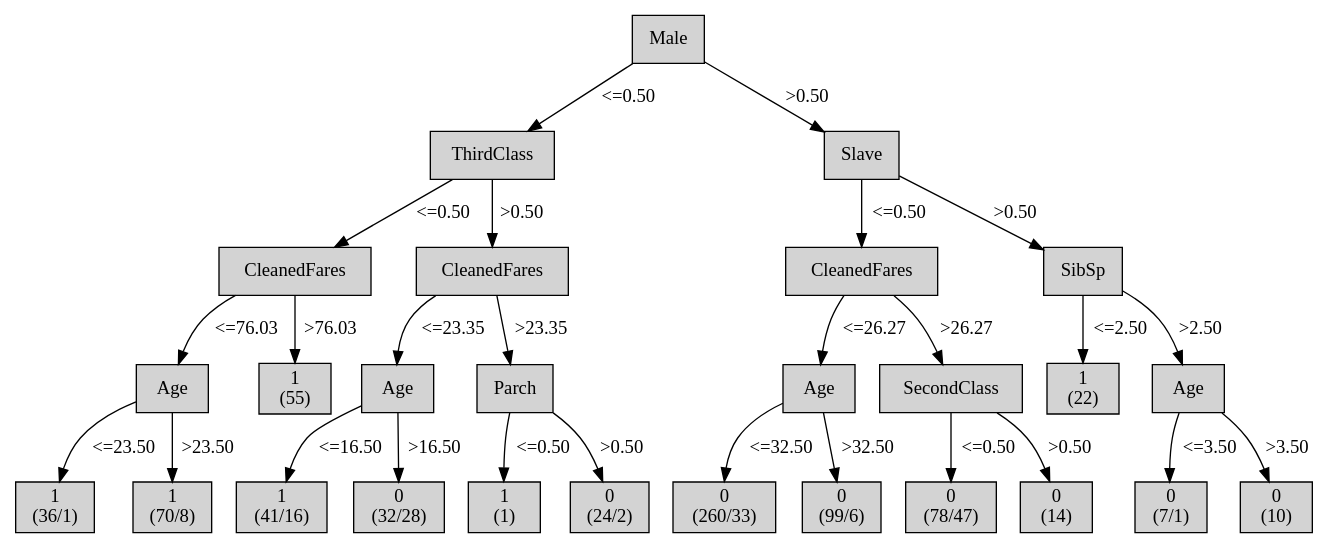
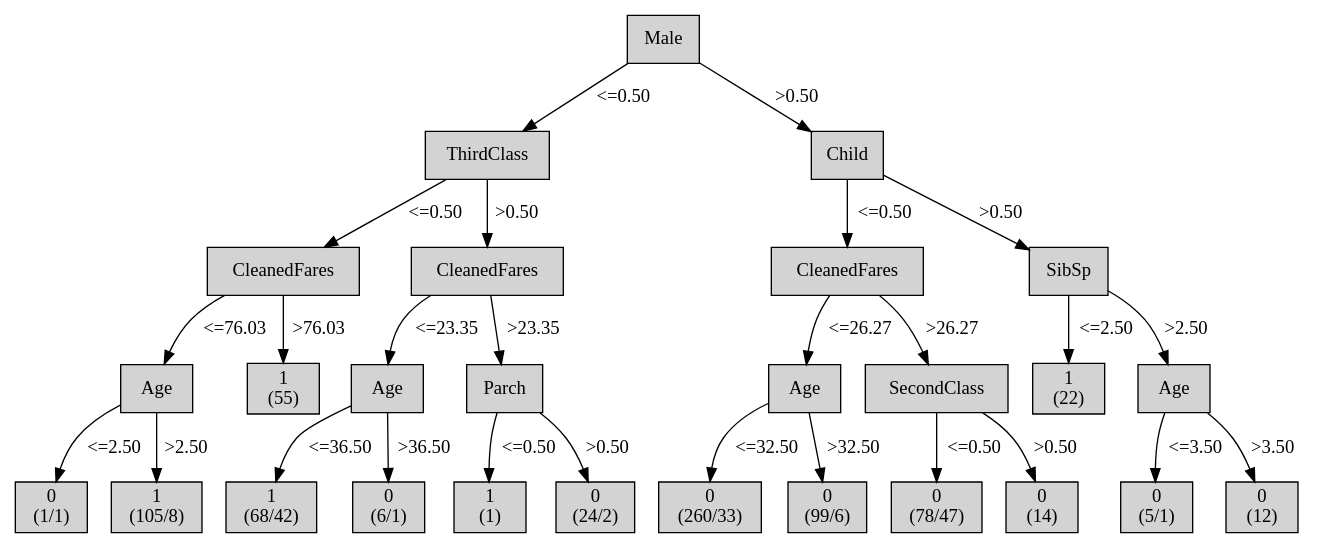
Before and after one commit to mklb/BI-Python3: the diagram in output/tree-generator-4/tree.dot, drawn with Graphviz. The commit also changed 14 other files, not shown here.

Commit message:
slave -> child

```diff
--- a/output/tree-generator-4/tree.dot
+++ b/output/tree-generator-4/tree.dot
@@ -1,101 +1,101 @@
 digraph ID3_Tree {
 "0" [shape=box, style=filled, label="Male
 ", weight=1]
 "1" [shape=box, style=filled, label="ThirdClass
 ", weight=2]
 0 -> 1 [ label = "<=0.50"];
 "2" [shape=box, style=filled, label="CleanedFares
 ", weight=3]
 1 -> 2 [ label = "<=0.50"];
 "3" [shape=box, style=filled, label="Age
 ", weight=4]
 2 -> 3 [ label = "<=76.03"];
-"4" [shape=box, style=filled, label="1
-(36/1)
+"4" [shape=box, style=filled, label="0
+(1/1)
 ", weight=5]
-3 -> 4 [ label = "<=23.50"];
+3 -> 4 [ label = "<=2.50"];
 "5" [shape=box, style=filled, label="1
-(70/8)
+(105/8)
 ", weight=5]
-3 -> 5 [ label = ">23.50"];
+3 -> 5 [ label = ">2.50"];
 "6" [shape=box, style=filled, label="1
 (55)
 ", weight=4]
 2 -> 6 [ label = ">76.03"];
 "7" [shape=box, style=filled, label="CleanedFares
 ", weight=3]
 1 -> 7 [ label = ">0.50"];
 "8" [shape=box, style=filled, label="Age
 ", weight=4]
 7 -> 8 [ label = "<=23.35"];
 "9" [shape=box, style=filled, label="1
-(41/16)
+(68/42)
 ", weight=5]
-8 -> 9 [ label = "<=16.50"];
+8 -> 9 [ label = "<=36.50"];
 "10" [shape=box, style=filled, label="0
-(32/28)
+(6/1)
 ", weight=5]
-8 -> 10 [ label = ">16.50"];
+8 -> 10 [ label = ">36.50"];
 "11" [shape=box, style=filled, label="Parch
 ", weight=4]
 7 -> 11 [ label = ">23.35"];
 "12" [shape=box, style=filled, label="1
 (1)
 ", weight=5]
 11 -> 12 [ label = "<=0.50"];
 "13" [shape=box, style=filled, label="0
 (24/2)
 ", weight=5]
 11 -> 13 [ label = ">0.50"];
-"14" [shape=box, style=filled, label="Slave
+"14" [shape=box, style=filled, label="Child
 ", weight=2]
 0 -> 14 [ label = ">0.50"];
 "15" [shape=box, style=filled, label="CleanedFares
 ", weight=3]
 14 -> 15 [ label = "<=0.50"];
 "16" [shape=box, style=filled, label="Age
 ", weight=4]
 15 -> 16 [ label = "<=26.27"];
 "17" [shape=box, style=filled, label="0
 (260/33)
 ", weight=5]
 16 -> 17 [ label = "<=32.50"];
 "18" [shape=box, style=filled, label="0
 (99/6)
 ", weight=5]
 16 -> 18 [ label = ">32.50"];
 "19" [shape=box, style=filled, label="SecondClass
 ", weight=4]
 15 -> 19 [ label = ">26.27"];
 "20" [shape=box, style=filled, label="0
 (78/47)
 ", weight=5]
 19 -> 20 [ label = "<=0.50"];
 "21" [shape=box, style=filled, label="0
 (14)
 ", weight=5]
 19 -> 21 [ label = ">0.50"];
 "22" [shape=box, style=filled, label="SibSp
 ", weight=3]
 14 -> 22 [ label = ">0.50"];
 "23" [shape=box, style=filled, label="1
 (22)
 ", weight=4]
 22 -> 23 [ label = "<=2.50"];
 "24" [shape=box, style=filled, label="Age
 ", weight=4]
 22 -> 24 [ label = ">2.50"];
 "25" [shape=box, style=filled, label="0
-(7/1)
+(5/1)
 ", weight=5]
 24 -> 25 [ label = "<=3.50"];
 "26" [shape=box, style=filled, label="0
-(10)
+(12)
 ", weight=5]
 24 -> 26 [ label = ">3.50"];
 {rank=same; 0;};
 {rank=same; 1;14;};
 {rank=same; 2;7;15;22;};
 {rank=same; 3;6;8;11;16;19;23;24;};
 {rank=same; 4;5;9;10;12;13;17;18;20;21;25;26;};
 }
```
